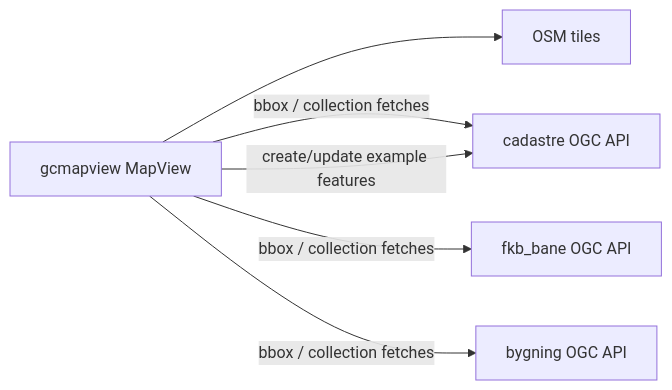
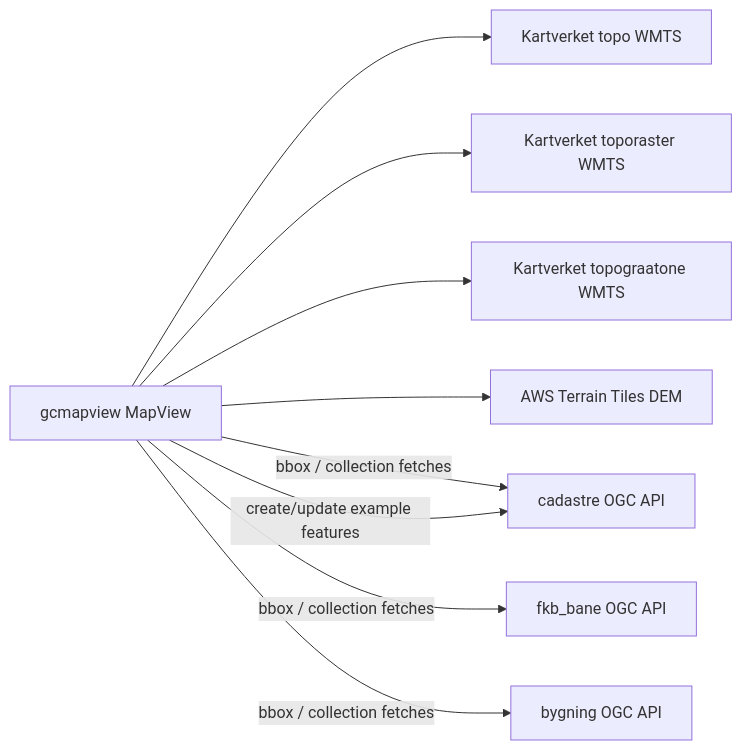
The ninth of 10 diagrams in docs/ARCHITECTURE.md (kartverket/topografisk-gdb-api), drawn with Mermaid before and after one commit. The commit also changed other lines of this file and 50 other files, not shown here.

````diff
--- a/docs/ARCHITECTURE.md
+++ b/docs/ARCHITECTURE.md
@@ -241,14 +346,20 @@
 ```mermaid
 flowchart LR
   MV["gcmapview MapView"]
   CAD["cadastre OGC API"]
   BANE["fkb_bane OGC API"]
   BYG["bygning OGC API"]
-  OSM["OSM tiles"]
+  TOPO["Kartverket topo WMTS"]
+  RASTER["Kartverket toporaster WMTS"]
+  GRAY["Kartverket topograatone WMTS"]
+  TERRAIN["AWS Terrain Tiles DEM"]
 
-  MV --> OSM
+  MV --> TOPO
+  MV --> RASTER
+  MV --> GRAY
+  MV --> TERRAIN
   MV -->|bbox / collection fetches| CAD
   MV -->|bbox / collection fetches| BANE
   MV -->|bbox / collection fetches| BYG
   MV -->|create/update example features| CAD
 ```
````
